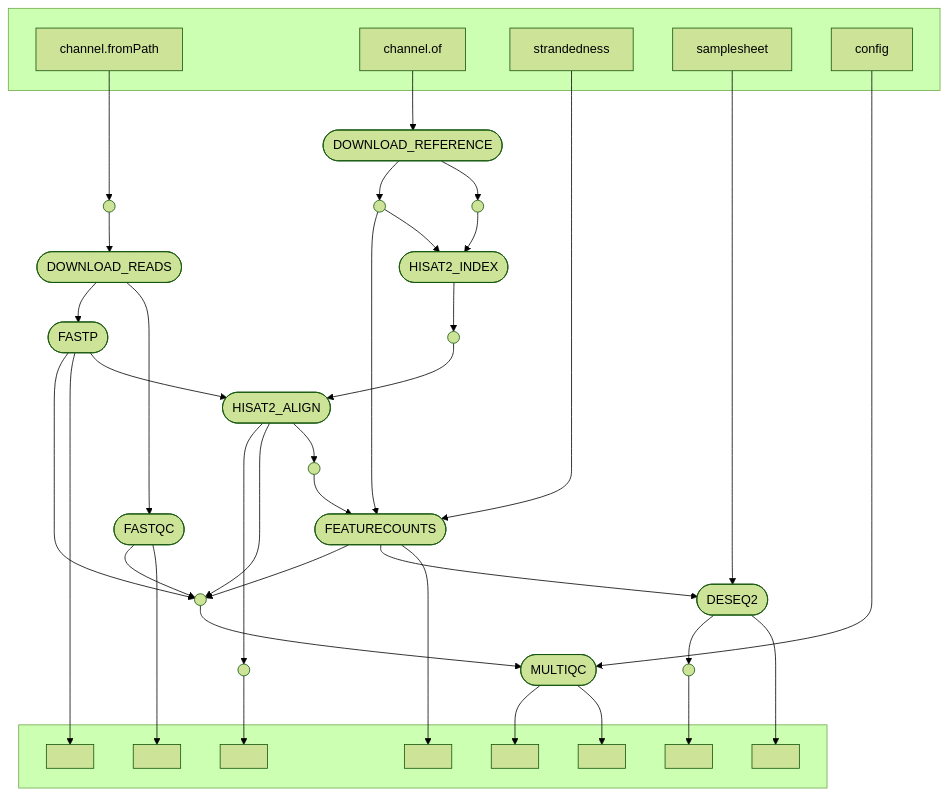
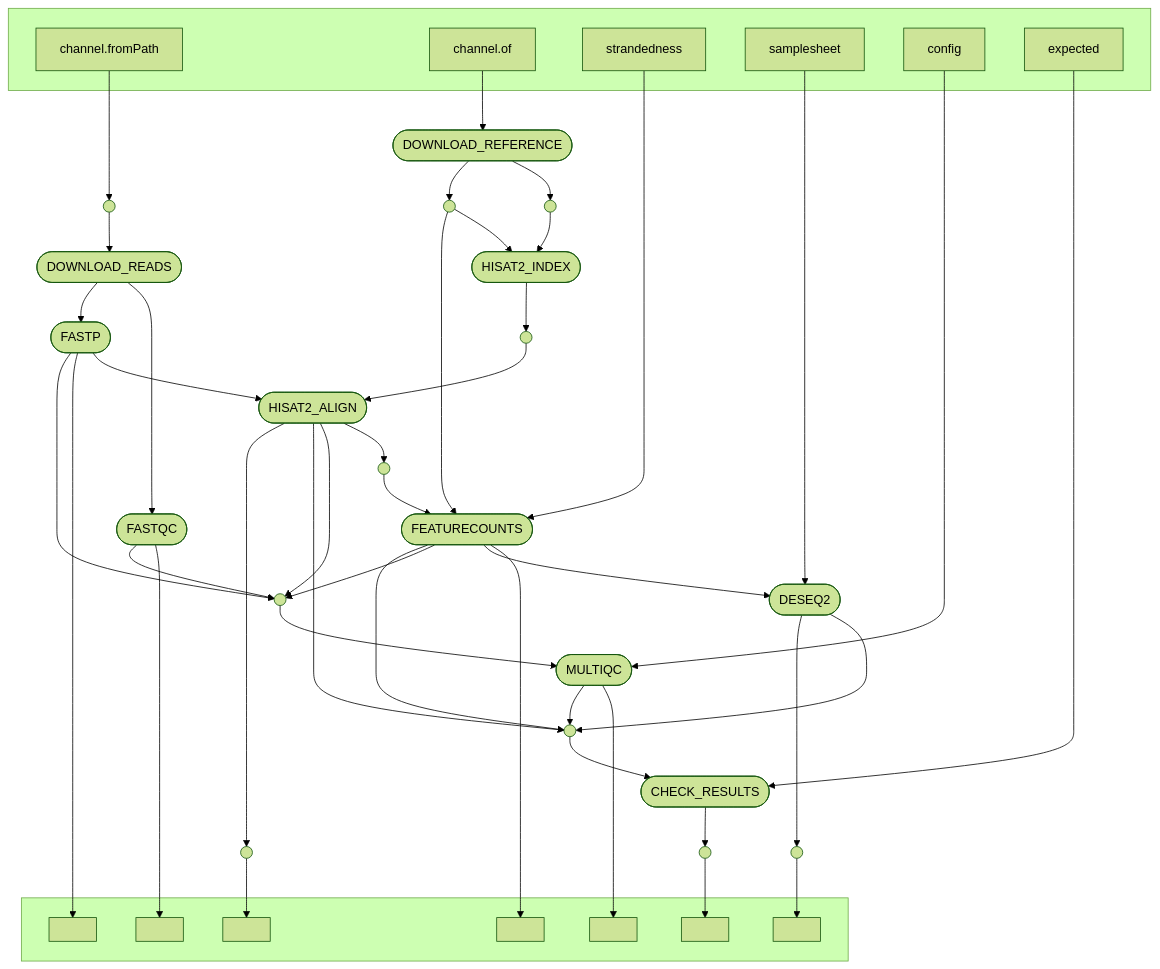
One commit to Wendy1907/yeast-snf2-rnaseq changed the diagram in docs/dag.mmd. Above: the diagram before and after it, drawn with Mermaid (forest theme). The commit also changed 1 other file, not shown here.

```diff
--- a/docs/dag.mmd
+++ b/docs/dag.mmd
@@ -1,69 +1,78 @@
 flowchart TB
     subgraph " "
     v0["channel.fromPath"]
     v4["channel.of"]
     v20["strandedness"]
     v23["samplesheet"]
-    v28["config"]
+    v27["config"]
+    v33["expected"]
     end
     v3(["DOWNLOAD_READS"])
     v5(["DOWNLOAD_REFERENCE"])
     v10(["HISAT2_INDEX"])
     v11(["FASTQC"])
     subgraph " "
     v12[" "]
     v14[" "]
     v22[" "]
-    v25[" "]
-    v30[" "]
-    v31[" "]
-    v33[" "]
-    v35[" "]
+    v29[" "]
+    v36[" "]
+    v38[" "]
+    v40[" "]
     end
     v13(["FASTP"])
     v16(["HISAT2_ALIGN"])
     v21(["FEATURECOUNTS"])
     v24(["DESEQ2"])
-    v29(["MULTIQC"])
+    v28(["MULTIQC"])
+    v34(["CHECK_RESULTS"])
     v1(( ))
     v6(( ))
     v8(( ))
     v15(( ))
     v17(( ))
-    v26(( ))
-    v32(( ))
-    v34(( ))
+    v25(( ))
+    v30(( ))
+    v35(( ))
+    v37(( ))
+    v39(( ))
     v0 --> v1
     v1 --> v3
     v3 --> v11
     v3 --> v13
     v4 --> v5
     v5 --> v6
     v5 --> v8
     v6 --> v10
     v8 --> v10
     v10 --> v15
     v11 --> v12
-    v11 --> v26
+    v11 --> v25
     v13 --> v16
     v13 --> v14
-    v13 --> v26
+    v13 --> v25
     v15 --> v16
     v16 --> v17
-    v16 --> v26
-    v16 --> v32
+    v16 --> v25
+    v16 --> v30
+    v16 --> v37
     v20 --> v21
     v8 --> v21
     v17 --> v21
     v21 --> v22
     v21 --> v24
-    v21 --> v26
+    v21 --> v25
+    v21 --> v30
     v23 --> v24
-    v24 --> v25
-    v24 --> v34
+    v24 --> v30
+    v24 --> v39
+    v27 --> v28
+    v25 --> v28
     v28 --> v29
-    v26 --> v29
-    v29 --> v31
-    v29 --> v30
-    v32 --> v33
+    v28 --> v30
+    v33 --> v34
+    v30 --> v34
     v34 --> v35
+    v35 --> v36
+    v37 --> v38
+    v39 --> v40
```
